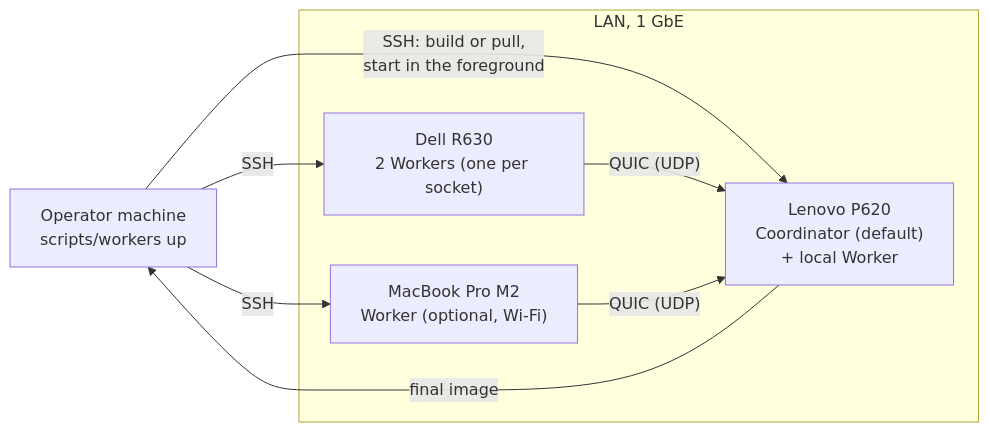
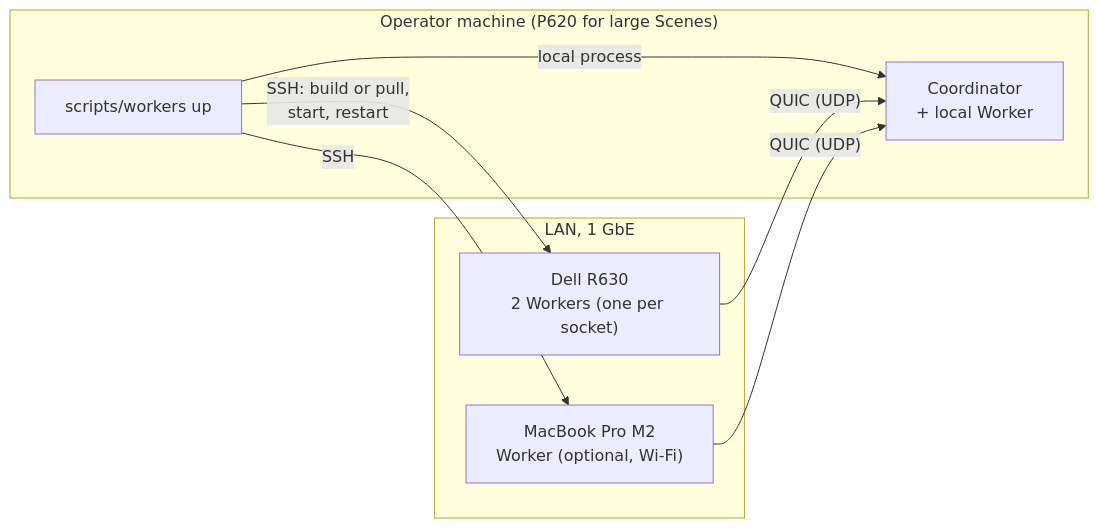
One commit to sergioffpc/umbra changed the diagram in docs/architecture/07-deployment-view.md. Above: the diagram before and after it, drawn with Mermaid. The commit also changed other lines of this file and 4 other files, not shown here.

Commit message:
docs: record session start-up and worker joining

````diff
--- a/docs/architecture/07-deployment-view.md
+++ b/docs/architecture/07-deployment-view.md
@@ -49,15 +49,16 @@
 ```mermaid
 flowchart LR
-    op["Operator machine<br/>scripts/workers up"]
+    subgraph op["Operator machine (P620 for large Scenes)"]
+        script["scripts/workers up"]
+        coord["Coordinator<br/>+ local Worker"]
+    end
     subgraph lan["LAN, 1 GbE"]
-        p620["Lenovo P620<br/>Coordinator (default)<br/>+ local Worker"]
         r630["Dell R630<br/>2 Workers (one per socket)"]
         mac["MacBook Pro M2<br/>Worker (optional, Wi-Fi)"]
     end
-    op -- "SSH: build or pull,<br/>start in the foreground" --> p620
-    op -- SSH --> r630
-    op -- SSH --> mac
-    r630 -- "QUIC (UDP)" --> p620
-    mac -- "QUIC (UDP)" --> p620
-    p620 -- "final image" --> op
+    script -- "local process" --> coord
+    script -- "SSH: build or pull,<br/>start, restart" --> r630
+    script -- SSH --> mac
+    r630 -- "QUIC (UDP)" --> coord
+    mac -- "QUIC (UDP)" --> coord
 ```
````
